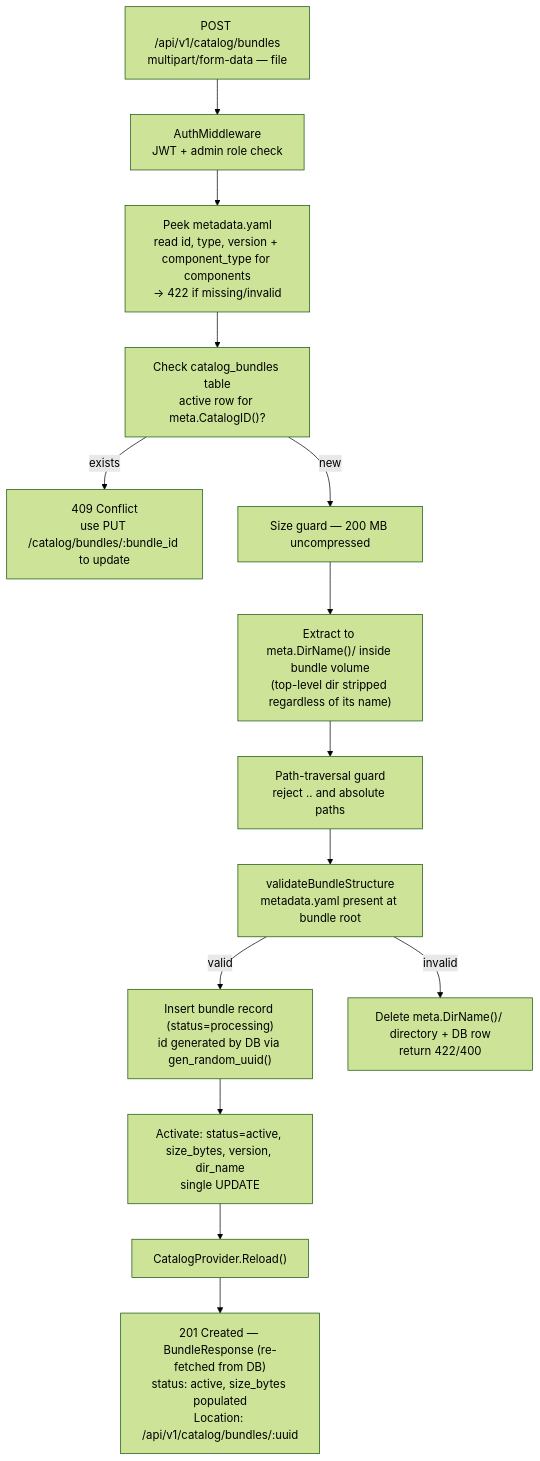
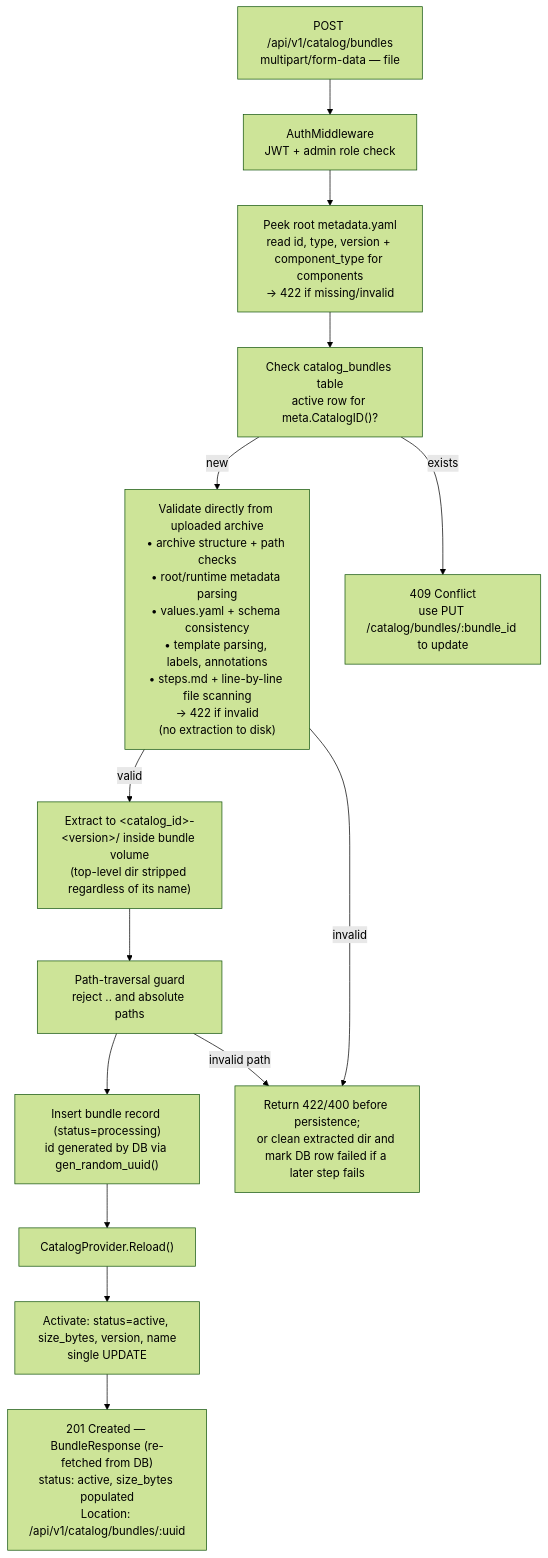
The second of 5 diagrams in docs/proposals/catalog/custom-service-templates-proposal.md (IBM/project-ai-services), drawn with Mermaid (forest theme) before and after one commit. The commit also changed other lines of this file, not shown here.

````diff
--- a/docs/proposals/catalog/custom-service-templates-proposal.md
+++ b/docs/proposals/catalog/custom-service-templates-proposal.md
@@ -640,24 +645,23 @@
 ```mermaid
 flowchart TD
     REQ["POST /api/v1/catalog/bundles<br/>multipart/form-data — file"]
     AUTH["AuthMiddleware<br/>JWT + admin role check"]
-    PEEK["Peek metadata.yaml<br/>read id, type, version + component_type for components<br/>→ 422 if missing/invalid"]
+    PEEK["Peek root metadata.yaml<br/>read id, type, version + component_type for components<br/>→ 422 if missing/invalid"]
     CONFLICT["Check catalog_bundles table<br/>active row for meta.CatalogID()?"]
+    VALIDATE["Validate directly from uploaded archive<br/>• archive structure + path checks<br/>• root/runtime metadata parsing<br/>• values.yaml + schema consistency<br/>• template parsing, labels, annotations<br/>• steps.md + line-by-line file scanning<br/>→ 422 if invalid<br/>(no extraction to disk)"]
     CONFLICT_RESP["409 Conflict<br/>use PUT /catalog/bundles/:bundle_id to update"]
-    SIZE["Size guard — 200 MB uncompressed"]
-    EXTRACT["Extract to meta.DirName()/ inside bundle volume<br/>(top-level dir stripped regardless of its name)"]
+    EXTRACT["Extract to &lt;catalog_id&gt;-&lt;version&gt;/ inside bundle volume<br/>(top-level dir stripped regardless of its name)"]
     PATHGUARD["Path-traversal guard<br/>reject .. and absolute paths"]
-    VALIDATE["validateBundleStructure<br/>metadata.yaml present at bundle root"]
     DBINSERT["Insert bundle record (status=processing)<br/>id generated by DB via gen_random_uuid()"]
-    ACTIVATE["Activate: status=active, size_bytes, version, dir_name<br/>single UPDATE"]
     RELOAD["CatalogProvider.Reload()"]
+    ACTIVATE["Activate: status=active, size_bytes, version, name<br/>single UPDATE"]
     RESP["201 Created — BundleResponse (re-fetched from DB)<br/>status: active, size_bytes populated<br/>Location: /api/v1/catalog/bundles/:uuid"]
-    FAIL["Delete meta.DirName()/ directory + DB row<br/>return 422/400"]
+    FAIL["Return 422/400 before persistence;<br/>or clean extracted dir and mark DB row failed if a later step fails"]
 
-    REQ --> AUTH --> PEEK
-    PEEK --> CONFLICT
+    REQ --> AUTH --> PEEK --> CONFLICT
     CONFLICT -->|"exists"| CONFLICT_RESP
-    CONFLICT -->|"new"| SIZE --> EXTRACT --> PATHGUARD --> VALIDATE
-    VALIDATE -->|"valid"| DBINSERT --> ACTIVATE --> RELOAD --> RESP
+    CONFLICT -->|"new"| VALIDATE
     VALIDATE -->|"invalid"| FAIL
+    VALIDATE -->|"valid"| EXTRACT --> PATHGUARD --> DBINSERT --> RELOAD --> ACTIVATE --> RESP
+    PATHGUARD -->|"invalid path"| FAIL
 ```
````
